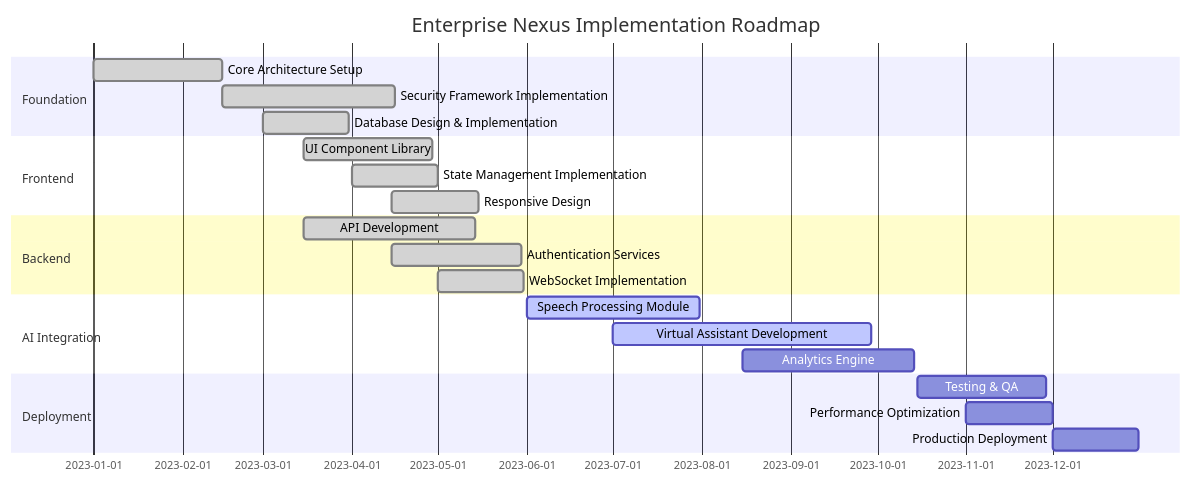
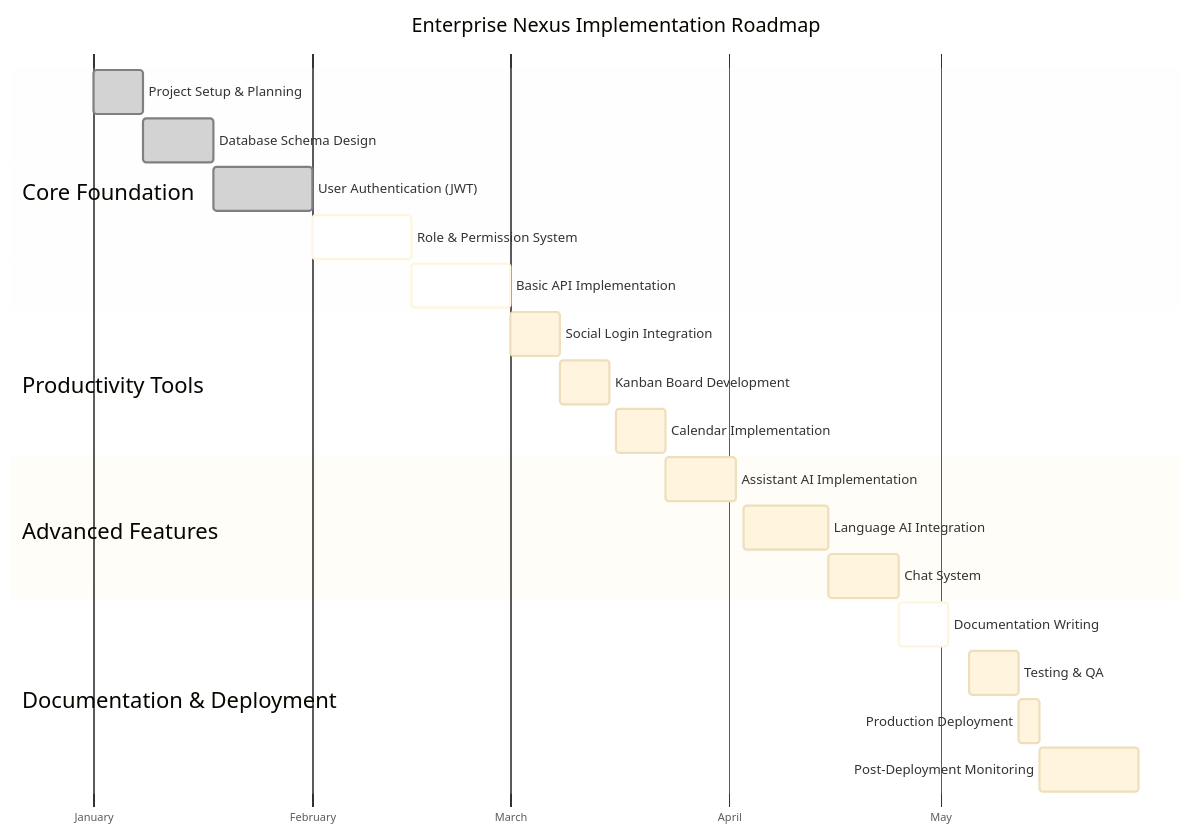
The fourth of 4 diagrams in TuPhung_Docs/docs/intro.md (TuPhung369/Haaga_Backend_Programming), drawn with Mermaid before and after one commit. The commit also changed other lines of this file and 17 other files, not shown here.

Commit message:
V10 fix intro page, navigate link and gantt chart.

````diff
--- a/TuPhung_Docs/docs/intro.md
+++ b/TuPhung_Docs/docs/intro.md
@@ -512,29 +514,48 @@
 ```mermaid
+%%{
+  init: {
+    'theme': 'base',
+    'gantt': {
+      'barHeight': 40,
+      'fontSize': 12,
+      'titleFontSize': 28,
+      'sectionFontSize': 20,
+      'numberSectionStyles': 5,
+      'axisFormat': '%B',
+      'topPadding': 60,
+      'bottomPadding': 70,
+      'leftPadding': 75,
+      'rightPadding': 75,
+      'fontFamily': 'Arial, sans-serif',
+      'tickInterval': '1month',
+      'axisWidth': 100
+    }
+  }
+}%%
 gantt
     title Enterprise Nexus Implementation Roadmap
     dateFormat  YYYY-MM-DD
-    section Foundation
-    Core Architecture Setup           :done,    arch,    2023-01-01, 45d
-    Security Framework Implementation :done,    sec,     2023-02-15, 60d
-    Database Design & Implementation  :done,    db,      2023-03-01, 30d
 
-    section Frontend
-    UI Component Library              :done,    ui,      2023-03-15, 45d
-    State Management Implementation   :done,    state,   2023-04-01, 30d
-    Responsive Design                 :done,    resp,    2023-04-15, 30d
+    section Core Foundation
+    Project Setup & Planning     :done,     setup,   2025-01-01, 7d
+    Database Schema Design       :done,    schema,  2025-01-08, 10d
+    User Authentication (JWT)    :done,     auth,    2025-01-18, 14d
+    Role & Permission System      :active,   roles,   2025-02-01, 14d
+    Basic API Implementation     :active,   api,     2025-02-15, 14d
 
-    section Backend
-    API Development                   :done,    api,     2023-03-15, 60d
-    Authentication Services           :done,    auth,    2023-04-15, 45d
-    WebSocket Implementation          :done,    ws,      2023-05-01, 30d
+    section Productivity Tools
+    Social Login Integration     :         social,  2025-03-01, 7d
+    Kanban Board Development     :         kanban,  2025-03-08, 7d
+    Calendar Implementation      :         cal,     2025-03-16, 7d
+        
+    section Advanced Features
+    Assistant AI Implementation  :         ai,      2025-03-23, 10d
+    Language AI Integration      :         lang,    2025-04-03, 12d
+    Chat System                  :         chat,    2025-04-15, 10d
 
-    section AI Integration
-    Speech Processing Module          :active,  speech,  2023-06-01, 60d
-    Virtual Assistant Development     :active,  assist,  2023-07-01, 90d
-    Analytics Engine                  :         analy,   2023-08-15, 60d
-
-    section Deployment
-    Testing & QA                      :         test,    2023-10-15, 45d
-    Performance Optimization          :         perf,    2023-11-01, 30d
-    Production Deployment             :         deploy,  2023-12-01, 30d
+    section Documentation & Deployment
+    Documentation Writing        :active,   docs,    2025-04-25, 7d
+    Testing & QA                 :         test,    2025-05-05, 7d
+    Production Deployment        :         deploy,  2025-05-12, 3d
+    Post-Deployment Monitoring   :         monitor, 2025-05-15, 14d
 ```
````
